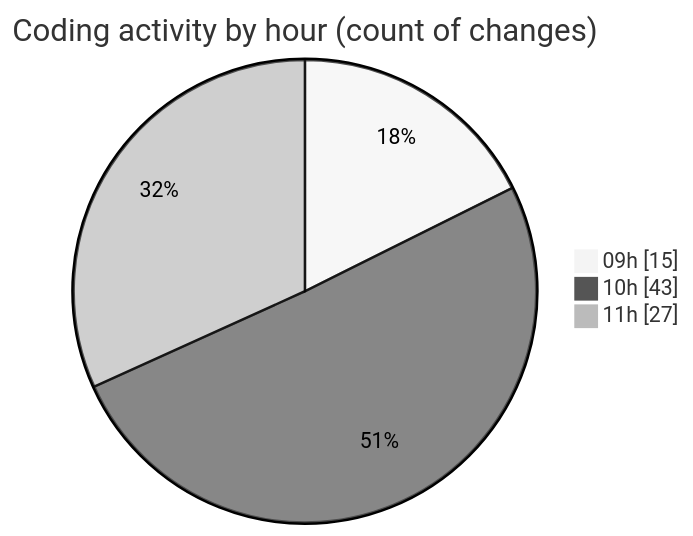
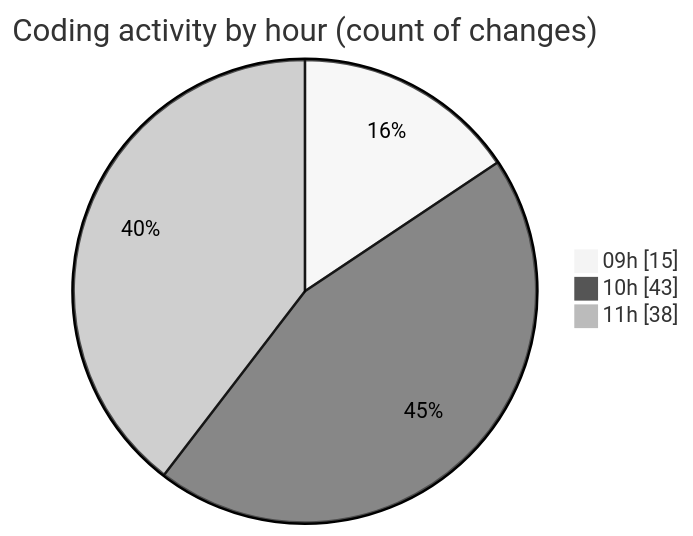
One commit to momahboobian/code-tracking changed the second of 2 diagrams in 2025-09-30/cda/README.md. Above: the diagram before and after it, drawn with Mermaid (neutral theme). The commit also changed other lines of this file and 1 other file, not shown here.

````diff
--- a/2025-09-30/cda/README.md
+++ b/2025-09-30/cda/README.md
@@ -32,7 +32,7 @@
 ```mermaid
 pie showData
 title Coding activity by hour (count of changes)
 "09h" : 15
 "10h" : 43
-"11h" : 27
+"11h" : 38
 ```
````
